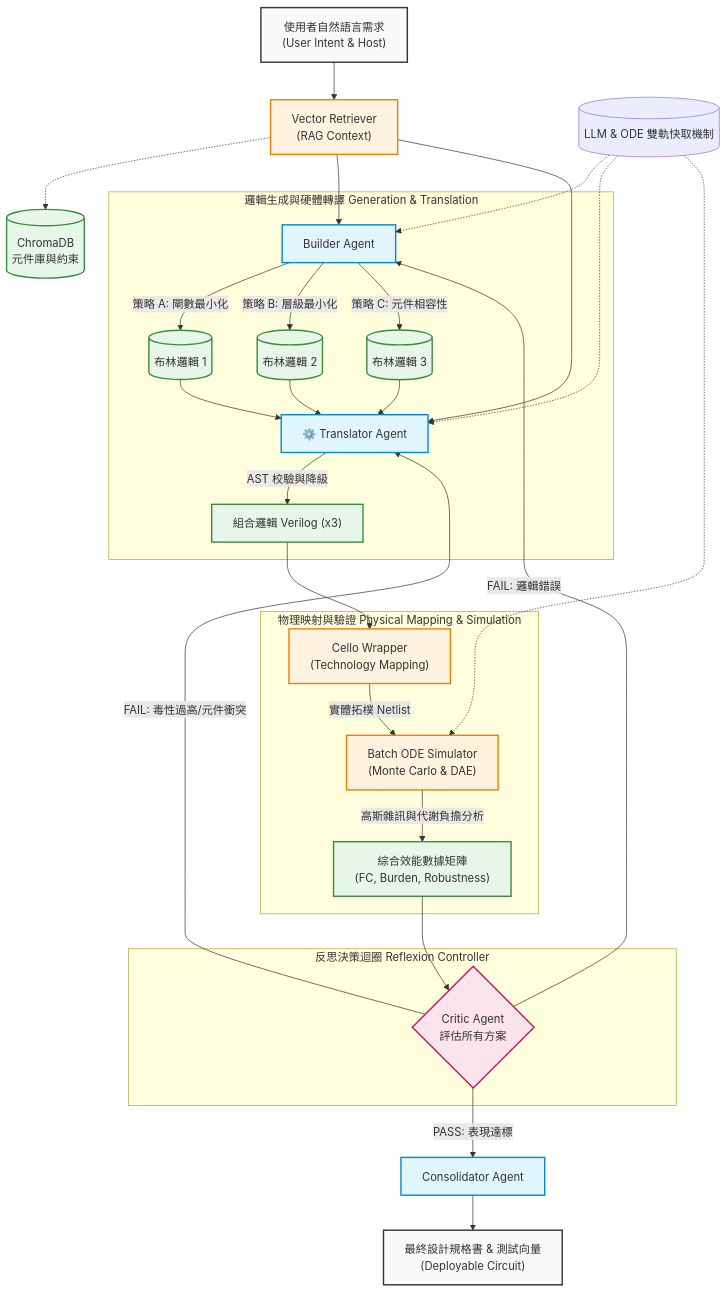
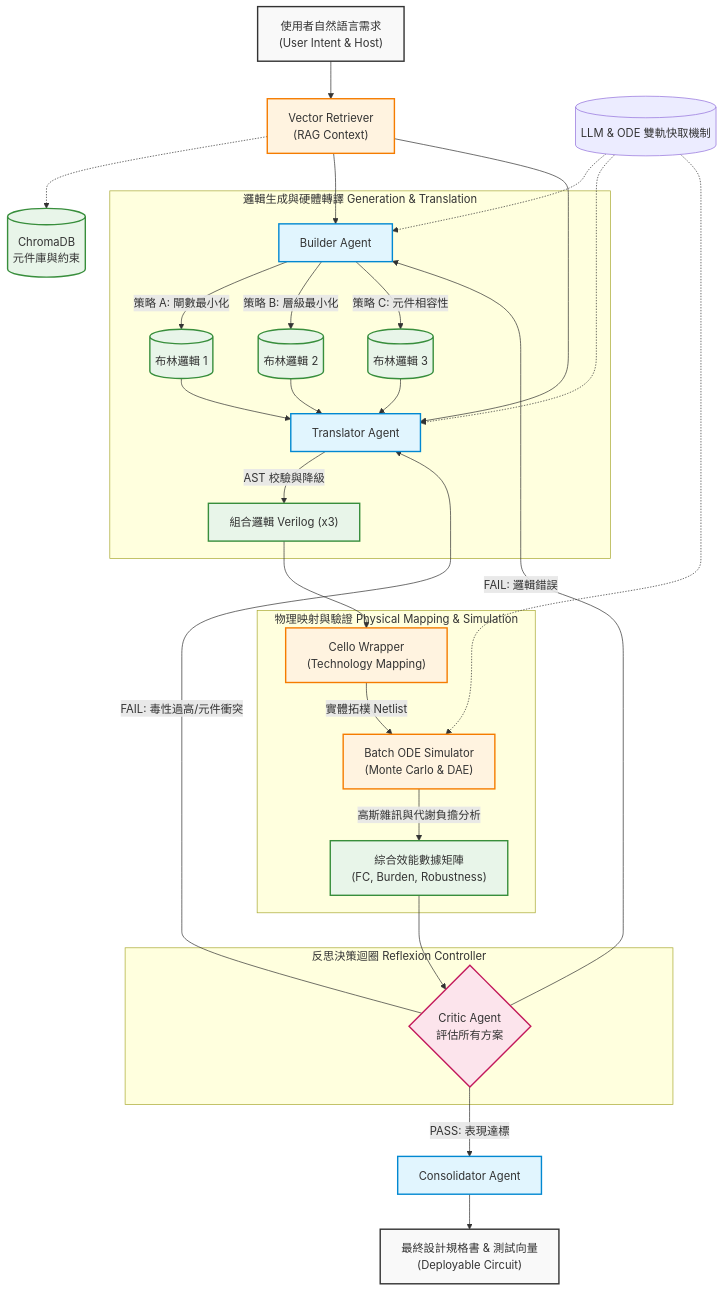
The diagram in README.md (yehray1230/LLM-Cello-BioDrive-An-Automated-Genetic-Circuit-Design-Verification-Framework), drawn with Mermaid before and after one commit. The commit also changed other lines of this file, not shown here.

````diff
--- a/README.md
+++ b/README.md
@@ -59,54 +37,54 @@
 ```mermaid
 graph TD
     %% 節點樣式定義
     classDef user fill:#f9f9f9,stroke:#333,stroke-width:2px;
     classDef agent fill:#e1f5fe,stroke:#0288d1,stroke-width:2px;
     classDef tool fill:#fff3e0,stroke:#f57c00,stroke-width:2px;
     classDef data fill:#e8f5e9,stroke:#388e3c,stroke-width:2px;
     classDef decision fill:#fce4ec,stroke:#c2185b,stroke-width:2px,shape:diamond;
 
     %% 階段一：輸入與檢索
     User["使用者自然語言需求<br>(User Intent & Host)"]:::user --> Retriever["Vector Retriever<br>(RAG Context)"]:::tool
     Retriever -.-> ChromaDB[("ChromaDB<br>元件庫與約束")]:::data
 
     %% 階段二：邏輯生成與轉譯
     subgraph Phase2 [邏輯生成與硬體轉譯 Generation & Translation]
         Builder["Builder Agent"]:::agent
         Builder -->|策略 A: 閘數最小化| Prop1[("布林邏輯 1")]:::data
         Builder -->|策略 B: 層級最小化| Prop2[("布林邏輯 2")]:::data
         Builder -->|策略 C: 元件相容性| Prop3[("布林邏輯 3")]:::data
         
-        Prop1 & Prop2 & Prop3 --> Translator["⚙️ Translator Agent"]:::agent
+        Prop1 & Prop2 & Prop3 --> Translator["Translator Agent"]:::agent
         Translator -->|AST 校驗與降級| Verilog["組合邏輯 Verilog (x3)"]:::data
     end
     Retriever --> Builder
     Retriever --> Translator
 
     %% 階段三：實體映射與動態模擬
     subgraph Phase3 [物理映射與驗證 Physical Mapping & Simulation]
         Cello["Cello Wrapper<br>(Technology Mapping)"]:::tool
         ODE["Batch ODE Simulator<br>(Monte Carlo & DAE)"]:::tool
         
         Verilog --> Cello
         Cello -->|實體拓樸 Netlist| ODE
         ODE -->|高斯雜訊與代謝負擔分析| Metrics["綜合效能數據矩陣<br>(FC, Burden, Robustness)"]:::data
     end
 
     %% 階段四：多智能體對抗
     subgraph Phase4 [反思決策迴圈 Reflexion Controller]
         Critic{"Critic Agent<br>評估所有方案"}:::decision
         Metrics --> Critic
         
         Critic -->|FAIL: 邏輯錯誤| Builder
         Critic -->|FAIL: 毒性過高/元件衝突| Translator
     end
 
     %% 階段五：輸出
     Critic -->|PASS: 表現達標| Consolidator["Consolidator Agent"]:::agent
     Consolidator --> Output["最終設計規格書 & 測試向量<br>(Deployable Circuit)"]:::user
 
     %% 快取機制標示
     Cache[("LLM & ODE 雙軌快取機制")] -.-> Builder
     Cache -.-> Translator
     Cache -.-> ODE
 ```
````
